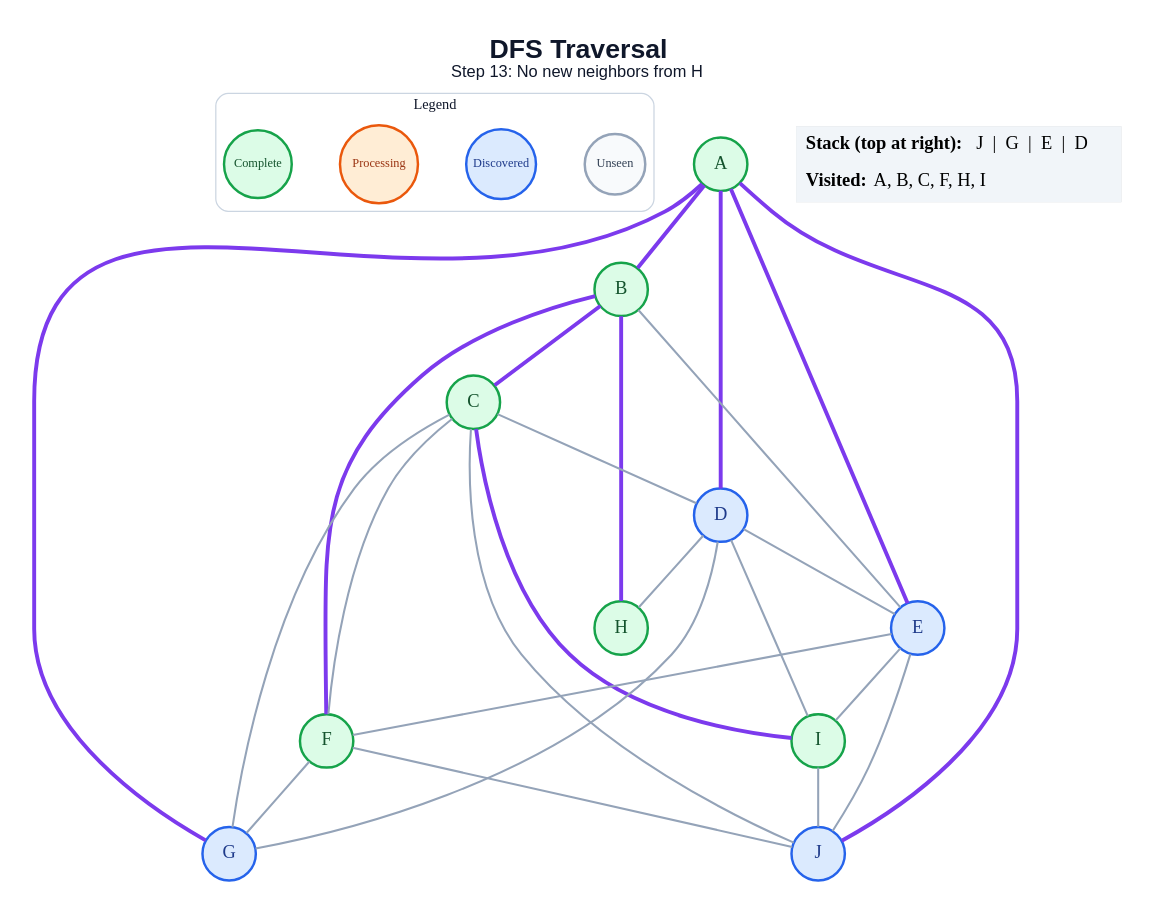
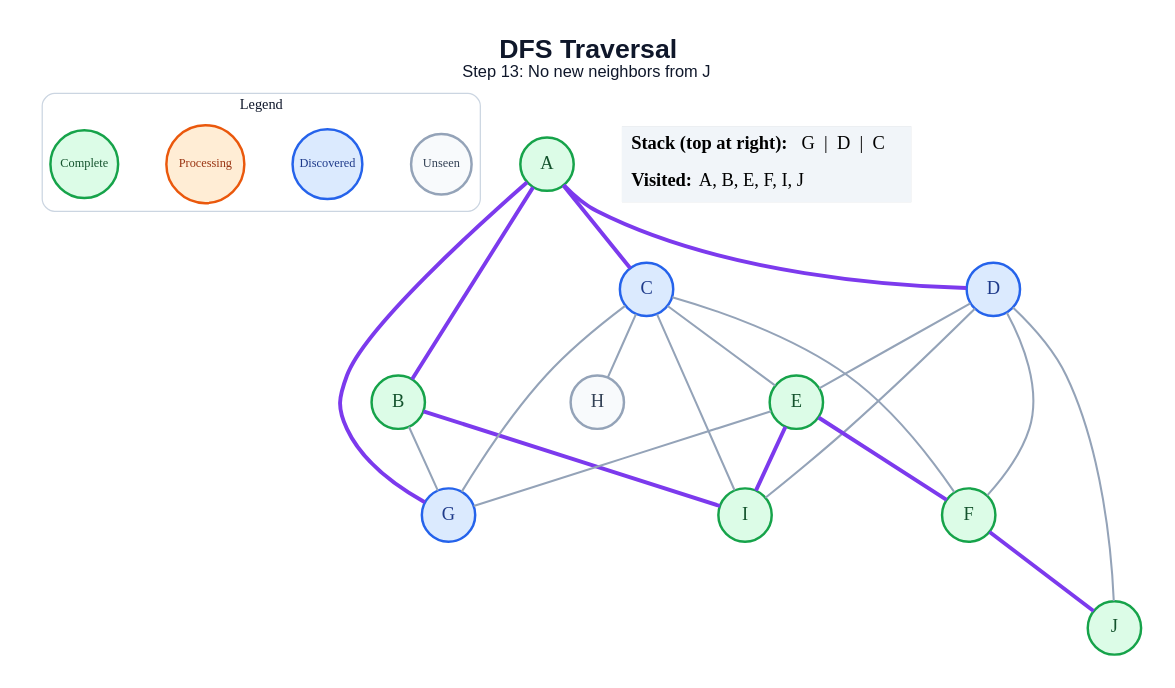
The diagram in generated/dfs/step_13.dot (anon7238593-create/ai-slop), drawn with Graphviz before and after one commit. The commit also changed 178 other files, not shown here.

```diff
--- a/generated/dfs/step_13.dot
+++ b/generated/dfs/step_13.dot
@@ -1,53 +1,48 @@
 graph traversal {
   graph [layout=dot, rankdir=TB, bgcolor="#FFFFFF", pad="0.35", nodesep="0.65", ranksep="0.8", fontname="Arial"];
   node [shape=circle, style="filled", fontname="Arial Bold", fontsize=18, width=0.72, fixedsize=true, penwidth=2.4];
   edge [color="#94A3B8", penwidth=2.0];
-  label=<<B>DFS Traversal</B><BR/><FONT POINT-SIZE="16">Step 13: No new neighbors from H</FONT>>; labelloc="t"; fontsize=26; fontname="Arial"; fontcolor="#0F172A";
+  label=<<B>DFS Traversal</B><BR/><FONT POINT-SIZE="16">Step 13: No new neighbors from J</FONT>>; labelloc="t"; fontsize=26; fontname="Arial"; fontcolor="#0F172A";
   subgraph cluster_legend { label="Legend"; color="#CBD5E1"; penwidth=1.2; style="rounded"; fontsize=14; fontname="Arial Bold";
     key_unseen [label="Unseen", fillcolor="#F8FAFC", color="#94A3B8", fontcolor="#334155", fontsize=12, width=0.82];
     key_frontier [label="Discovered", fillcolor="#DBEAFE", color="#2563EB", fontcolor="#1E3A8A", fontsize=12, width=0.95];
     key_current [label="Processing", fillcolor="#FFEDD5", color="#EA580C", fontcolor="#9A3412", fontsize=12, width=1.05];
     key_done [label="Complete", fillcolor="#DCFCE7", color="#16A34A", fontcolor="#14532D", fontsize=12, width=0.92];
     { rank=same; key_unseen; key_frontier; key_current; key_done; }
   }
   A [fillcolor="#DCFCE7", color="#16A34A", fontcolor="#14532D"];
   B [fillcolor="#DCFCE7", color="#16A34A", fontcolor="#14532D"];
-  C [fillcolor="#DCFCE7", color="#16A34A", fontcolor="#14532D"];
+  C [fillcolor="#DBEAFE", color="#2563EB", fontcolor="#1E3A8A"];
   D [fillcolor="#DBEAFE", color="#2563EB", fontcolor="#1E3A8A"];
-  E [fillcolor="#DBEAFE", color="#2563EB", fontcolor="#1E3A8A"];
+  E [fillcolor="#DCFCE7", color="#16A34A", fontcolor="#14532D"];
   F [fillcolor="#DCFCE7", color="#16A34A", fontcolor="#14532D"];
   G [fillcolor="#DBEAFE", color="#2563EB", fontcolor="#1E3A8A"];
-  H [fillcolor="#DCFCE7", color="#16A34A", fontcolor="#14532D"];
+  H [fillcolor="#F8FAFC", color="#94A3B8", fontcolor="#334155"];
   I [fillcolor="#DCFCE7", color="#16A34A", fontcolor="#14532D"];
-  J [fillcolor="#DBEAFE", color="#2563EB", fontcolor="#1E3A8A"];
+  J [fillcolor="#DCFCE7", color="#16A34A", fontcolor="#14532D"];
   A -- B [color="#7C3AED", penwidth=3.8];
+  A -- C [color="#7C3AED", penwidth=3.8];
   A -- D [color="#7C3AED", penwidth=3.8];
-  A -- E [color="#7C3AED", penwidth=3.8];
   A -- G [color="#7C3AED", penwidth=3.8];
-  A -- J [color="#7C3AED", penwidth=3.8];
-  B -- C [color="#7C3AED", penwidth=3.8];
-  B -- E;
-  B -- F [color="#7C3AED", penwidth=3.8];
-  B -- H [color="#7C3AED", penwidth=3.8];
-  C -- D;
+  B -- G;
+  B -- I [color="#7C3AED", penwidth=3.8];
+  C -- E;
   C -- F;
   C -- G;
-  C -- I [color="#7C3AED", penwidth=3.8];
-  C -- J;
+  C -- H;
+  C -- I;
   D -- E;
-  D -- G;
-  D -- H;
+  D -- F;
   D -- I;
-  E -- F;
-  E -- I;
-  E -- J;
-  F -- G;
-  F -- J;
-  I -- J;
+  D -- J;
+  E -- F [color="#7C3AED", penwidth=3.8];
+  E -- G;
+  E -- I [color="#7C3AED", penwidth=3.8];
+  F -- J [color="#7C3AED", penwidth=3.8];
   status [shape=plain, fixedsize=false, width=0, height=0, margin=0, label=<
     <TABLE BORDER="0" CELLBORDER="0" CELLPADDING="7" BGCOLOR="#F1F5F9">
-      <TR><TD ALIGN="LEFT"><B>Stack (top at right):</B> J  |  G  |  E  |  D</TD></TR>
-      <TR><TD ALIGN="LEFT"><B>Visited:</B> A, B, C, F, H, I</TD></TR>
+      <TR><TD ALIGN="LEFT"><B>Stack (top at right):</B> G  |  D  |  C</TD></TR>
+      <TR><TD ALIGN="LEFT"><B>Visited:</B> A, B, E, F, I, J</TD></TR>
     </TABLE>
   >];
 }
```
